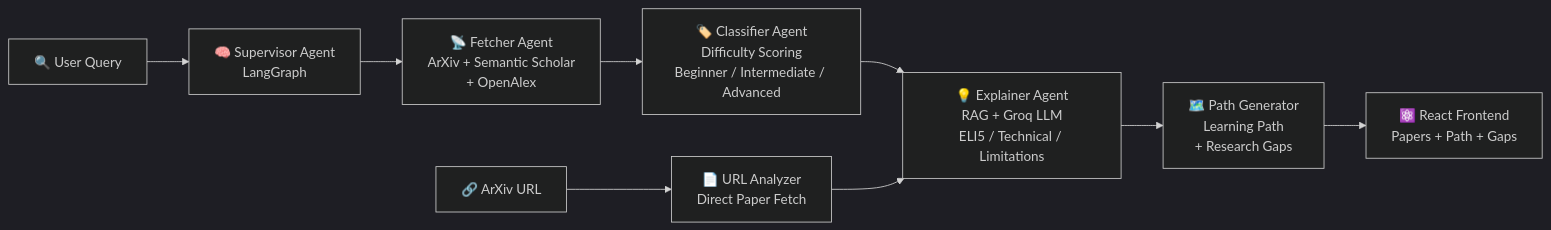
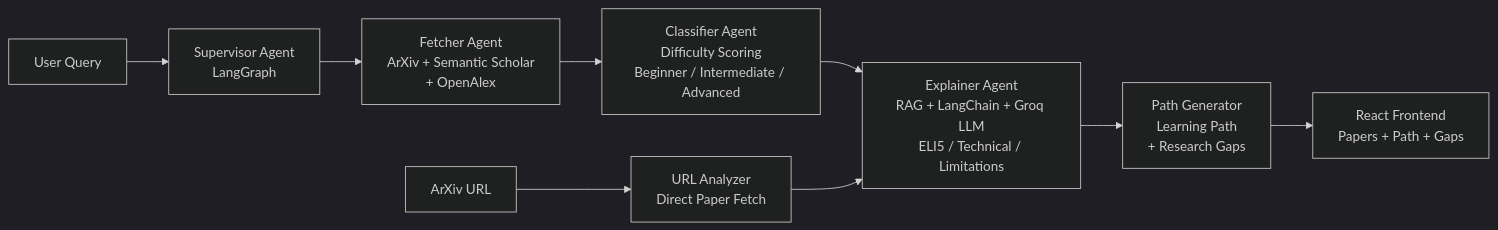
The second of 3 diagrams in README.md (prishabhatia46/PaperPilotAI), drawn with Mermaid (dark theme) before and after one commit. The commit also changed other lines of this file, not shown here.

````diff
--- a/README.md
+++ b/README.md
@@ -115,12 +115,12 @@
 ```mermaid
 flowchart LR
-    A["🔍 User Query"] --> B["🧠 Supervisor Agent\nLangGraph"]
-    B --> C["📡 Fetcher Agent\nArXiv + Semantic Scholar\n+ OpenAlex"]
-    C --> D["🏷️ Classifier Agent\nDifficulty Scoring\nBeginner / Intermediate / Advanced"]
-    D --> E["💡 Explainer Agent\nRAG + Groq LLM\nELI5 / Technical / Limitations"]
-    E --> F["🗺️ Path Generator\nLearning Path\n+ Research Gaps"]
-    F --> G["⚛️ React Frontend\nPapers + Path + Gaps"]
+    A["User Query"] --> B["Supervisor Agent\nLangGraph"]
+    B --> C["Fetcher Agent\nArXiv + Semantic Scholar\n+ OpenAlex"]
+    C --> D["Classifier Agent\nDifficulty Scoring\nBeginner / Intermediate / Advanced"]
+    D --> E["Explainer Agent\nRAG + LangChain + Groq LLM\nELI5 / Technical / Limitations"]
+    E --> F["Path Generator\nLearning Path\n+ Research Gaps"]
+    F --> G["React Frontend\nPapers + Path + Gaps"]
 
-    H["🔗 ArXiv URL"] --> I["📄 URL Analyzer\nDirect Paper Fetch"]
+    H["ArXiv URL"] --> I["URL Analyzer\nDirect Paper Fetch"]
     I --> E
 ```
````
